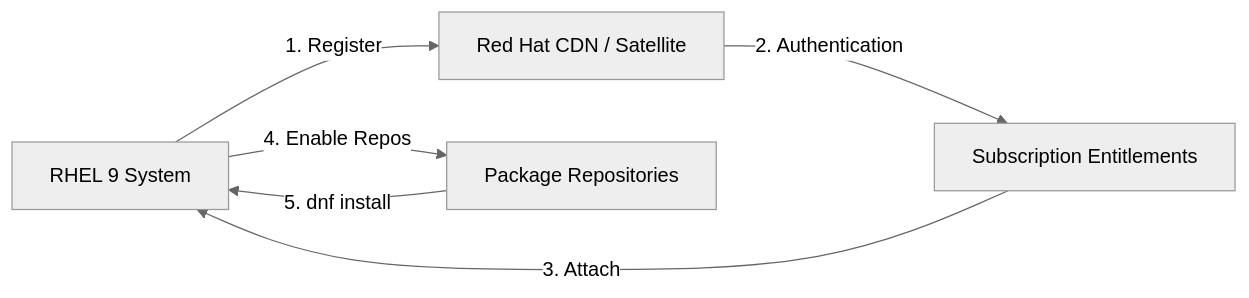
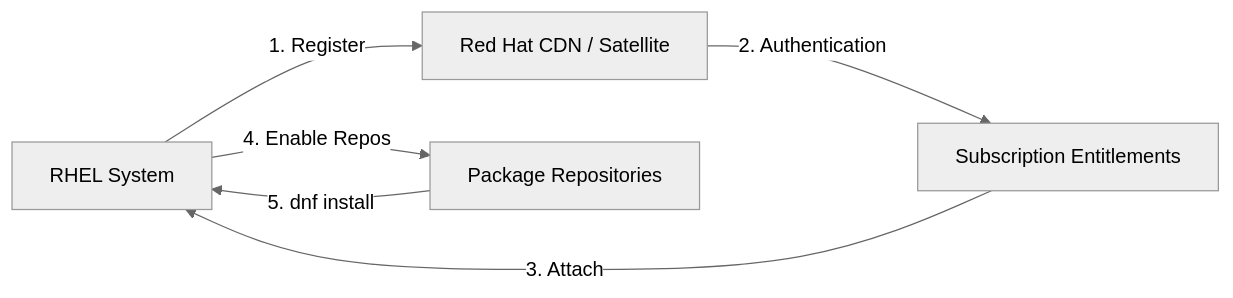
One commit to OneUptime/blog changed the diagram in posts/2026-03-04-register-subscribe-rhel-9-subscription-manager/README.md. Above: the diagram before and after it, drawn with Mermaid (neutral theme). The commit also changed other lines of this file and 4866 other files, not shown here.

````diff
--- a/posts/2026-03-04-register-subscribe-rhel-9-subscription-manager/README.md
+++ b/posts/2026-03-04-register-subscribe-rhel-9-subscription-manager/README.md
@@ -17,8 +17,8 @@
 ```mermaid
 flowchart LR
-    A[RHEL 9 System] -->|1. Register| B[Red Hat CDN / Satellite]
+    A[RHEL System] -->|1. Register| B[Red Hat CDN / Satellite]
     B -->|2. Authentication| C[Subscription Entitlements]
     C -->|3. Attach| A
     A -->|4. Enable Repos| D[Package Repositories]
     D -->|5. dnf install| A
 ```
````
